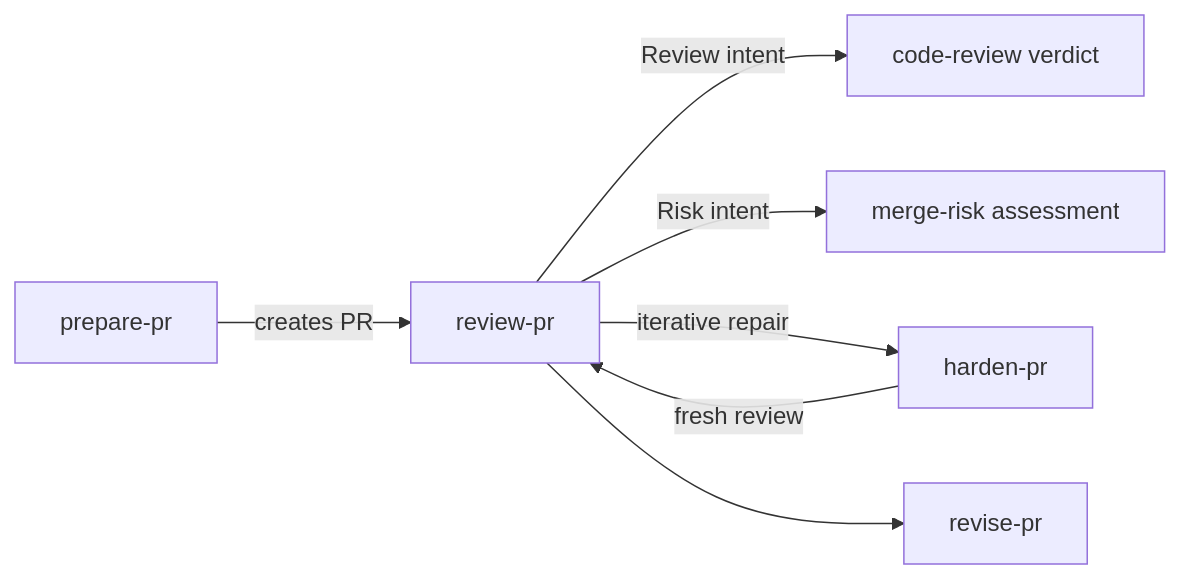
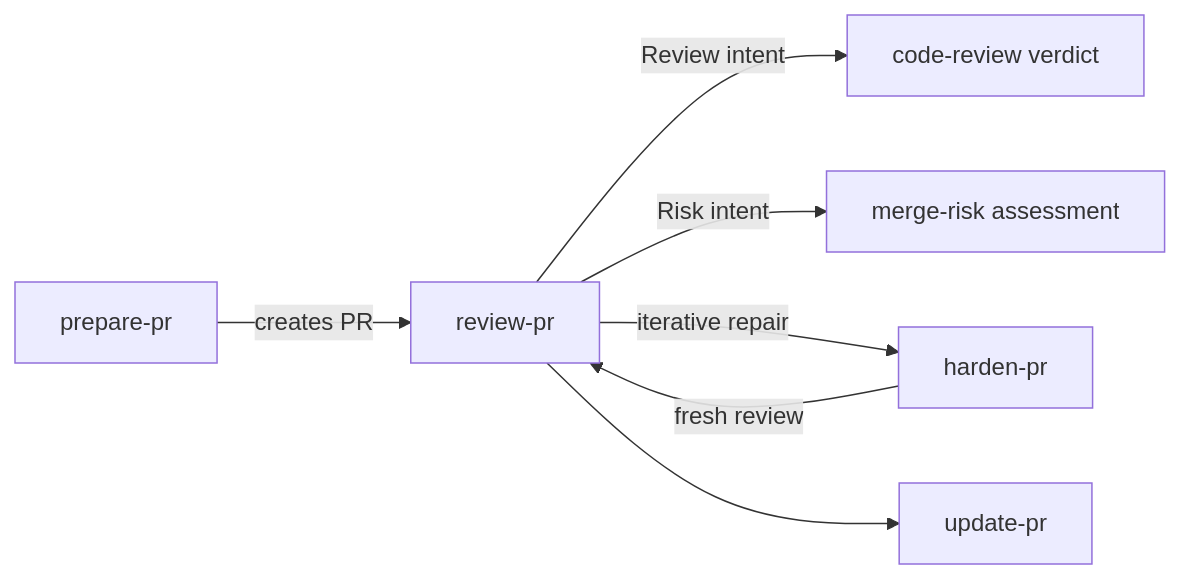
Before and after one commit to pnewsam/skills: the third of 6 diagrams in README.md, drawn with Mermaid. The commit also changed other lines of this file, not shown here.

````diff
--- a/README.md
+++ b/README.md
@@ -174,9 +174,9 @@
 ```mermaid
 flowchart LR
     PP[prepare-pr] -->|creates PR| RP[review-pr]
     RP -->|Review intent| CR[code-review verdict]
     RP -->|Risk intent| RA[merge-risk assessment]
     RP -->|iterative repair| HP[harden-pr]
     HP -->|fresh review| RP
-    RP --> RVP[revise-pr]
+    RP --> UP[update-pr]
 ```
````
